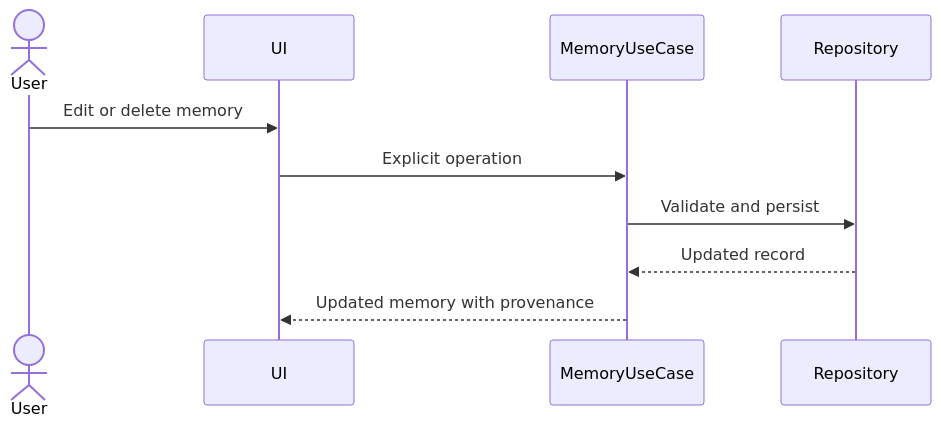
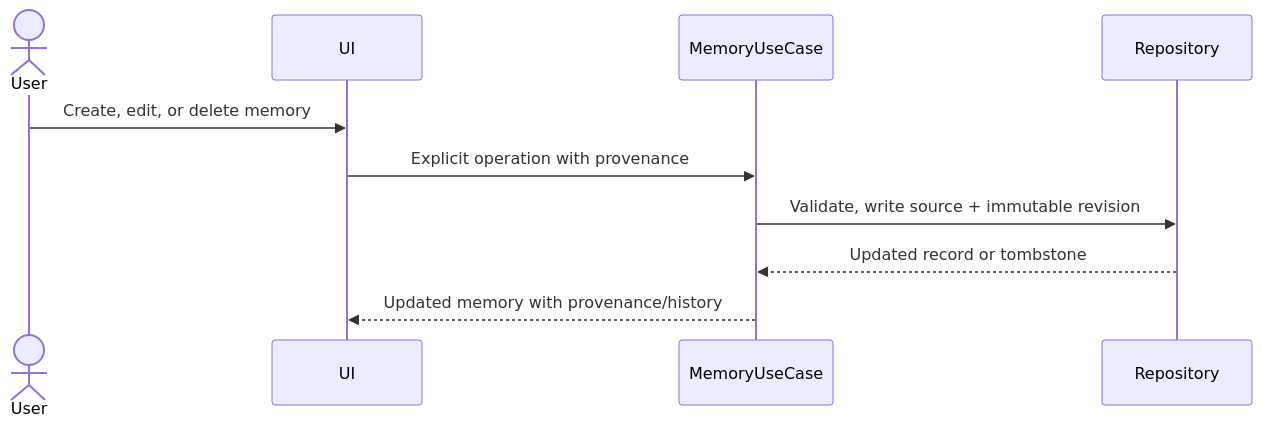
The second of 2 diagrams in docs/diagrams/SEQUENCES.md (aivars11232/Context-for-AI---App), drawn with Mermaid before and after one commit. The commit also changed other lines of this file and 90 other files, not shown here.

````diff
--- a/docs/diagrams/SEQUENCES.md
+++ b/docs/diagrams/SEQUENCES.md
@@ -48,13 +52,13 @@
 ```mermaid
 sequenceDiagram
     actor User
     participant UI
     participant MemoryUseCase
     participant Repository
 
-    User->>UI: Edit or delete memory
-    UI->>MemoryUseCase: Explicit operation
-    MemoryUseCase->>Repository: Validate and persist
-    Repository-->>MemoryUseCase: Updated record
-    MemoryUseCase-->>UI: Updated memory with provenance
+    User->>UI: Create, edit, or delete memory
+    UI->>MemoryUseCase: Explicit operation with provenance
+    MemoryUseCase->>Repository: Validate, write source + immutable revision
+    Repository-->>MemoryUseCase: Updated record or tombstone
+    MemoryUseCase-->>UI: Updated memory with provenance/history
 ```
````
